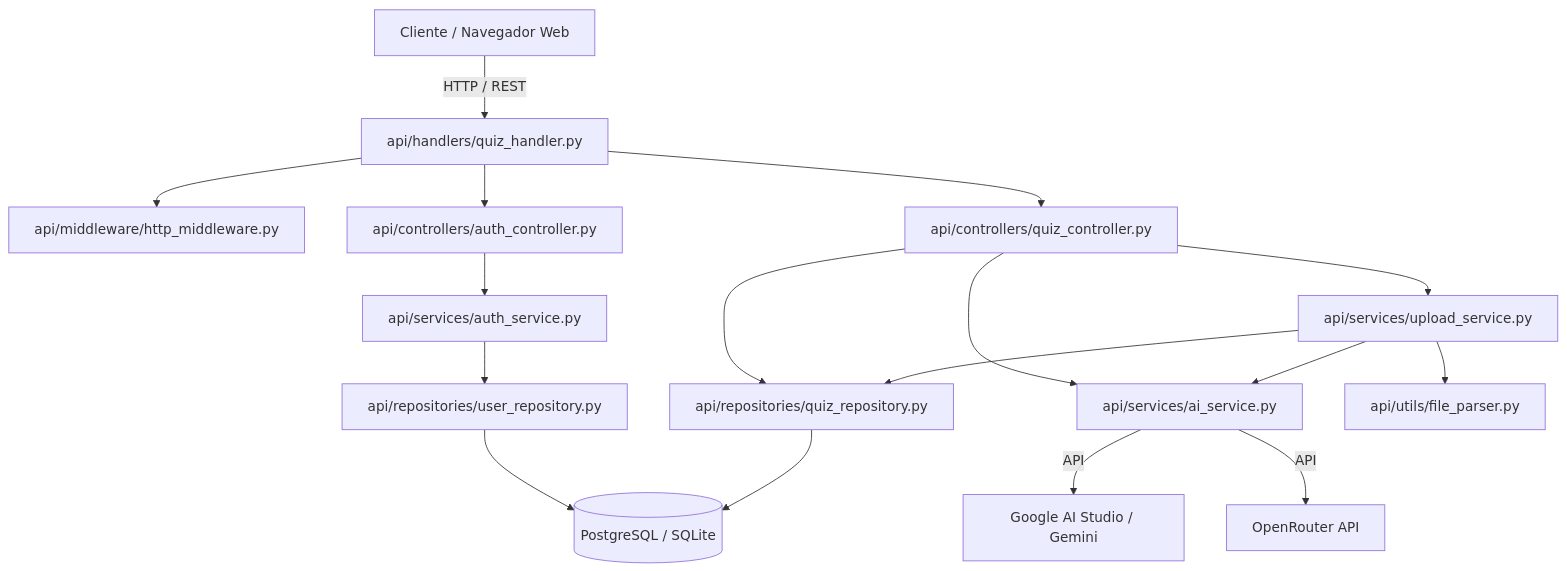
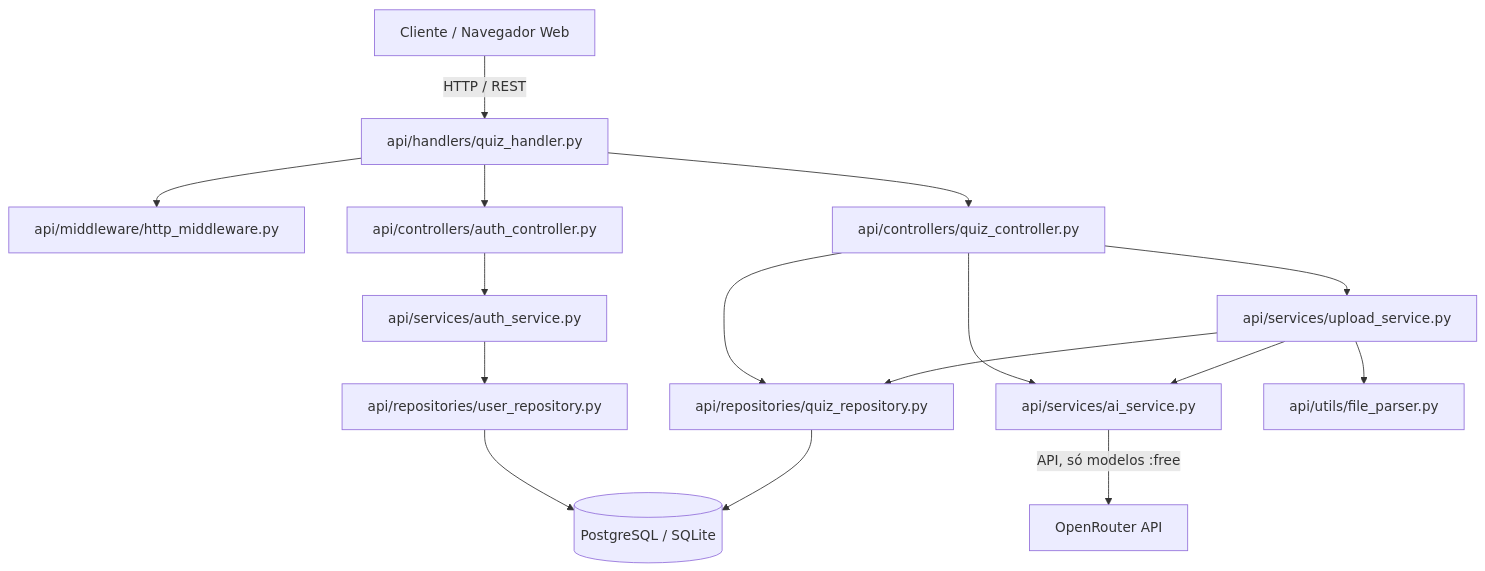
Before and after one commit to Eduardo2049/QuizesStudies: the diagram in docs/ARQUITETURA_E_BUSCA.md, drawn with Mermaid. The commit also changed 17 other files, not shown here.

First line of the commit message:
feat(ia): OpenRouter só com modelos gratuitos e Gemini comentado

````diff
--- a/docs/ARQUITETURA_E_BUSCA.md
+++ b/docs/ARQUITETURA_E_BUSCA.md
@@ -9,24 +9,23 @@
 ```mermaid
 graph TD
     Client[Cliente / Navegador Web] -->|HTTP / REST| Handler[api/handlers/quiz_handler.py]
     Handler --> Middleware[api/middleware/http_middleware.py]
     Handler --> AuthController[api/controllers/auth_controller.py]
     Handler --> QuizController[api/controllers/quiz_controller.py]
 
     AuthController --> AuthService[api/services/auth_service.py]
     AuthService --> UserRepo[api/repositories/user_repository.py]
 
     QuizController --> UploadService[api/services/upload_service.py]
     QuizController --> AIService[api/services/ai_service.py]
     QuizController --> QuizRepo[api/repositories/quiz_repository.py]
 
     UploadService --> FileParser[api/utils/file_parser.py]
     UploadService --> AIService
     UploadService --> QuizRepo
 
-    AIService -->|API| GoogleGemini[Google AI Studio / Gemini]
-    AIService -->|API| OpenRouter[OpenRouter API]
+    AIService -->|API, só modelos :free| OpenRouter[OpenRouter API]
 
     UserRepo --> DB[(PostgreSQL / SQLite)]
     QuizRepo --> DB
 ```
````
